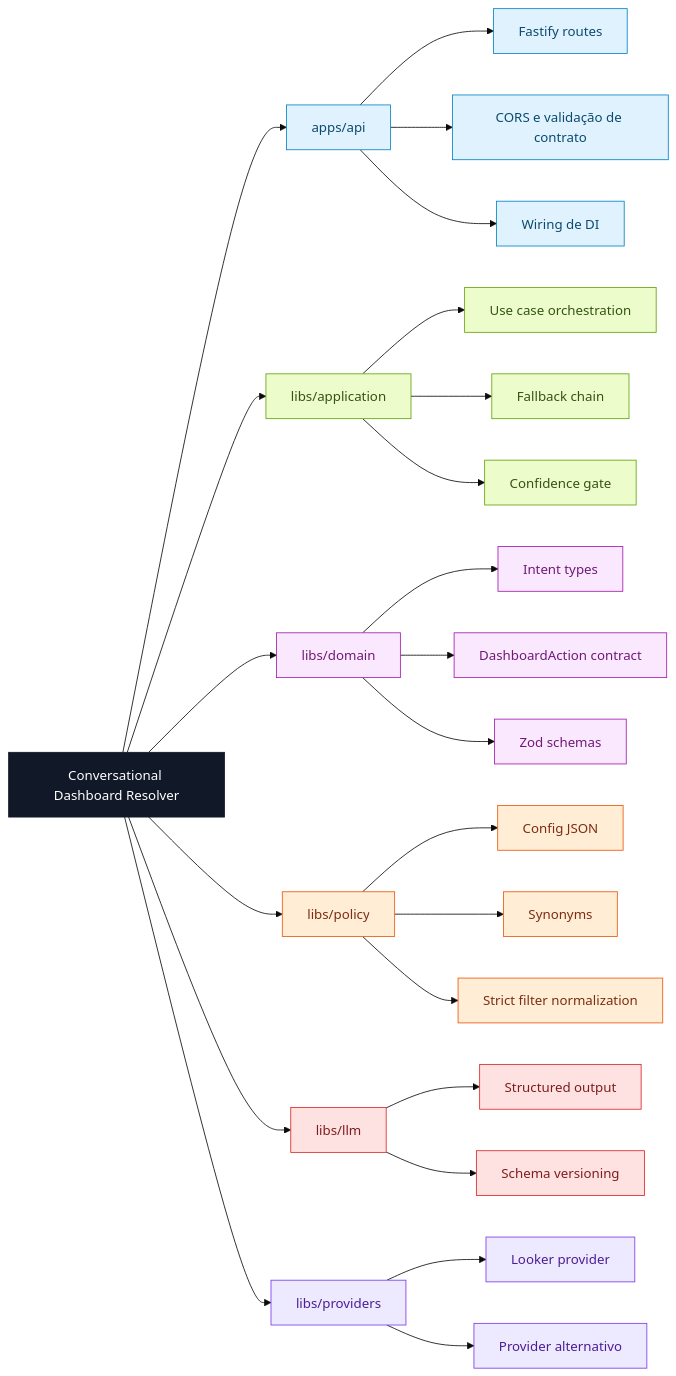
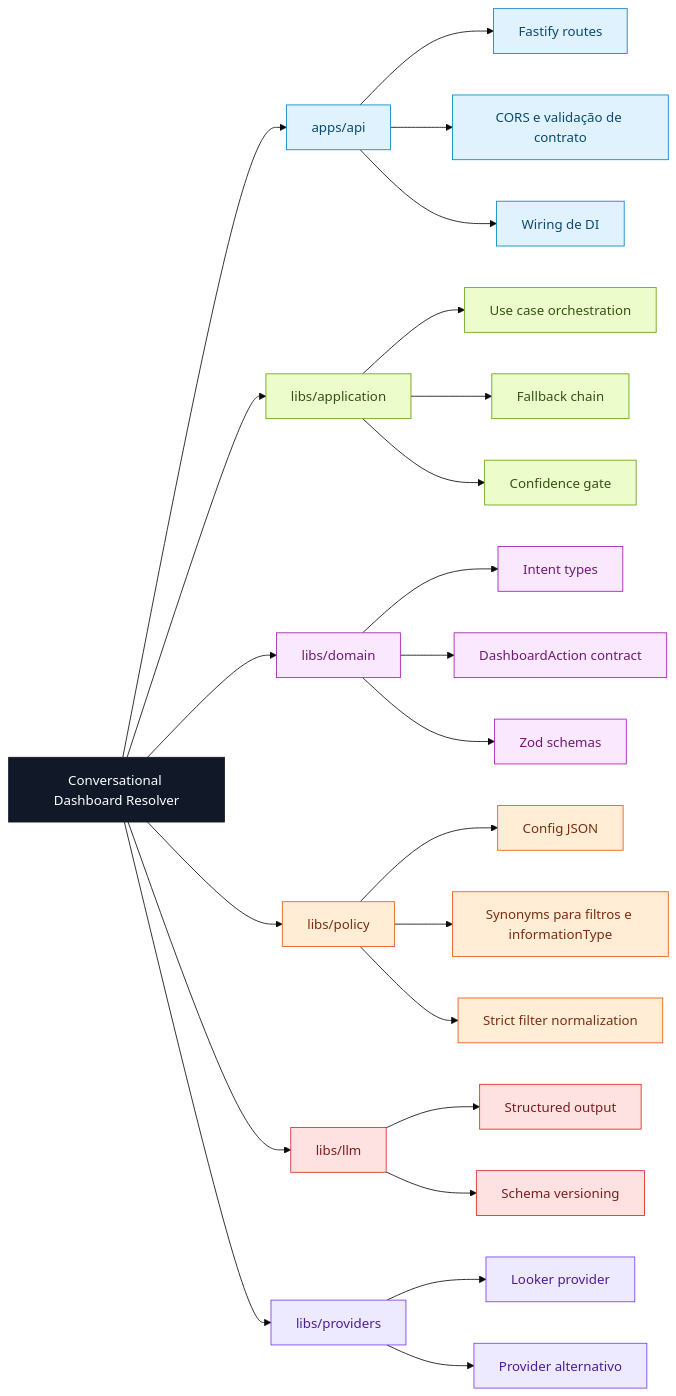
One commit to fernandesyuri33/chat-observatorio-turismo changed the eighth of 8 diagrams in docs/arquitetura.md. Above: the diagram before and after it, drawn with Mermaid (base theme). The commit also changed other lines of this file and 3 other files, not shown here.

````diff
--- a/docs/arquitetura.md
+++ b/docs/arquitetura.md
@@ -175,50 +176,50 @@
 ```mermaid
 flowchart LR
   ROOT[Conversational Dashboard Resolver]
 
   ROOT --> API[apps/api]
   ROOT --> APP[libs/application]
   ROOT --> DOM[libs/domain]
   ROOT --> POL[libs/policy]
   ROOT --> LLM[libs/llm]
   ROOT --> PROV[libs/providers]
 
   API --> API1[Fastify routes]
   API --> API2[CORS e validação de contrato]
   API --> API3[Wiring de DI]
 
   APP --> APP1[Use case orchestration]
   APP --> APP2[Fallback chain]
   APP --> APP3[Confidence gate]
 
   DOM --> DOM1[Intent types]
   DOM --> DOM2[DashboardAction contract]
   DOM --> DOM3[Zod schemas]
 
   POL --> POL1[Config JSON]
-  POL --> POL2[Synonyms]
+  POL --> POL2[Synonyms para filtros e informationType]
   POL --> POL3[Strict filter normalization]
 
   LLM --> LLM1[Structured output]
   LLM --> LLM2[Schema versioning]
 
   PROV --> PR1[Looker provider]
   PROV --> PR2[Provider alternativo]
 
   classDef root fill:#111827,stroke:#111827,color:#ffffff;
   classDef api fill:#e0f2fe,stroke:#0284c7,color:#0c4a6e;
   classDef app fill:#ecfccb,stroke:#65a30d,color:#365314;
   classDef dom fill:#fae8ff,stroke:#a21caf,color:#701a75;
   classDef pol fill:#ffedd5,stroke:#ea580c,color:#7c2d12;
   classDef llm fill:#fee2e2,stroke:#dc2626,color:#7f1d1d;
   classDef prov fill:#ede9fe,stroke:#7c3aed,color:#4c1d95;
 
   class ROOT root;
   class API,API1,API2,API3 api;
   class APP,APP1,APP2,APP3 app;
   class DOM,DOM1,DOM2,DOM3 dom;
   class POL,POL1,POL2,POL3 pol;
   class LLM,LLM1,LLM2 llm;
   class PROV,PR1,PR2 prov;
 
 ```
````
